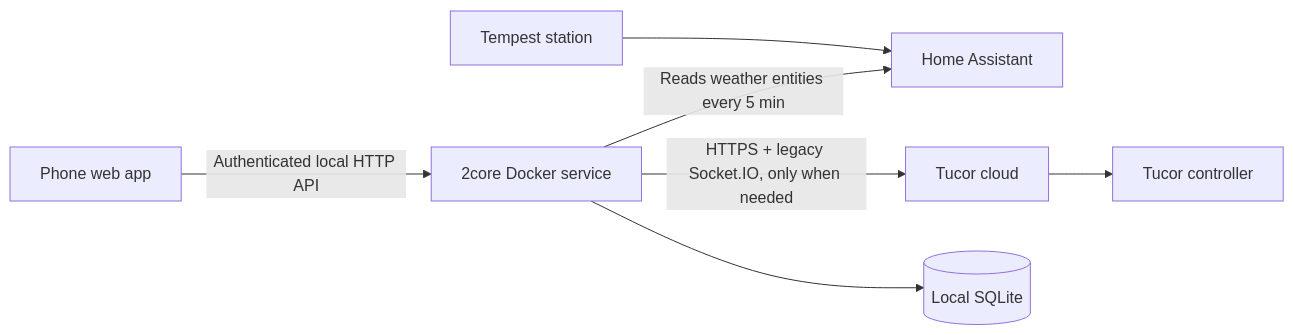
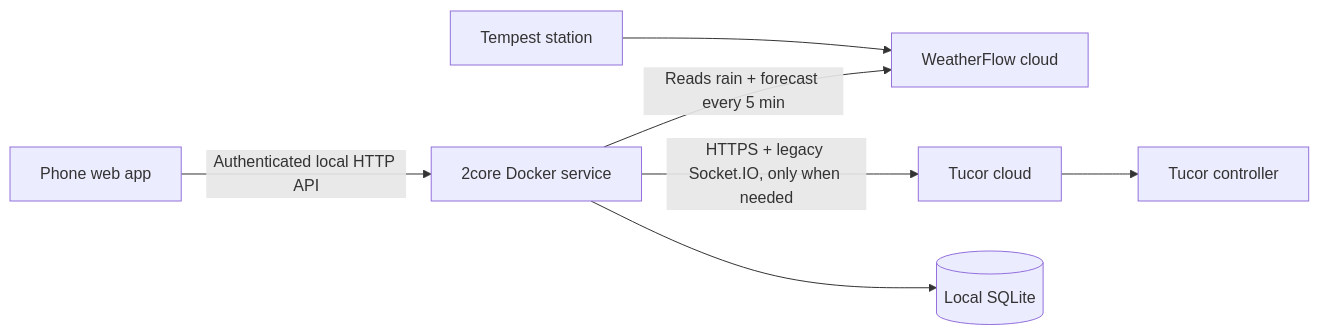
One commit to teich/2core changed the diagram in README.md. Above: the diagram before and after it, drawn with Mermaid. The commit also changed other lines of this file and 17 other files, not shown here.

First line of the commit message:
Read weather straight from WeatherFlow instead of Home Assistant

````diff
--- a/README.md
+++ b/README.md
@@ -32,9 +32,9 @@
 ```mermaid
 flowchart LR
   Phone[Phone web app] -->|Authenticated local HTTP API| Bridge[2core Docker service]
-  Tempest[Tempest station] --> HA[Home Assistant]
-  Bridge -->|Reads weather entities every 5 min| HA
+  Tempest[Tempest station] --> WF[WeatherFlow cloud]
+  Bridge -->|Reads rain + forecast every 5 min| WF
   Bridge -->|HTTPS + legacy Socket.IO, only when needed| Cloud[Tucor cloud]
   Cloud --> Controller[Tucor controller]
   Bridge --> SQLite[(Local SQLite)]
 ```
````
